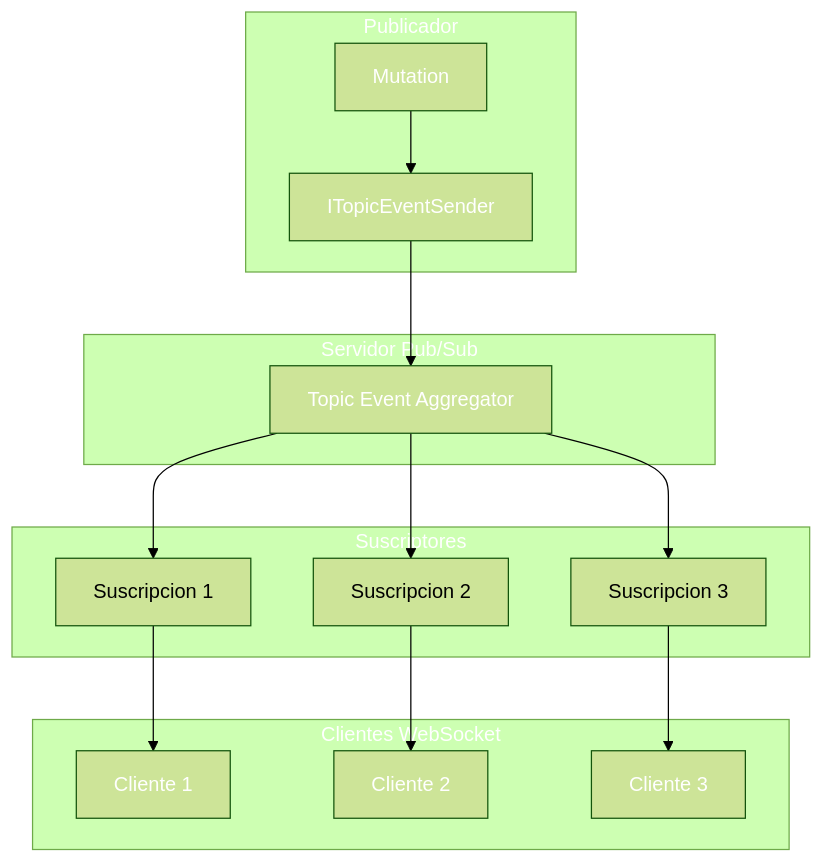
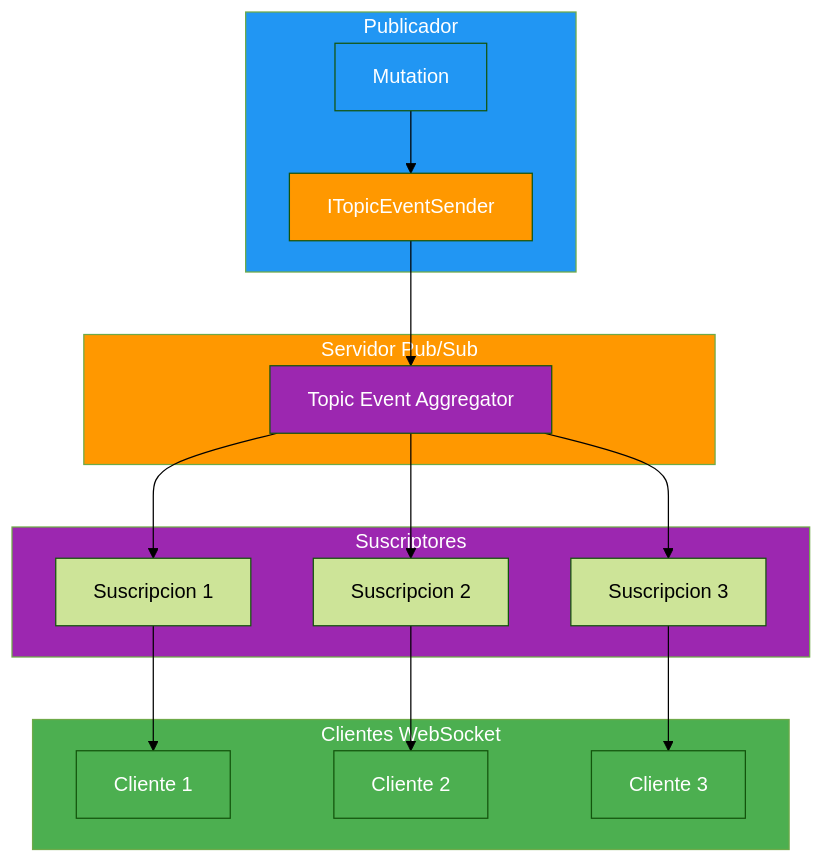
Before and after one commit to joseluisgs/DesarrolloWebEntornosServidor-02-2026-2027: the sixth of 10 diagrams in 19-graphql.md, drawn with Mermaid (forest theme). The commit also changed other lines of this file and 29 other files, not shown here.

Commit message:
docs: corregir estilos Mermaid y estilo, quitar referencias a la Tienda y reestructurar los retos 13 y 15

````diff
--- a/19-graphql.md
+++ b/19-graphql.md
@@ -741,33 +741,33 @@
 ```mermaid
 graph TB
     subgraph PUBLICADOR["Publicador"]
         A[Mutation] --> B[ITopicEventSender]
     end
 
     subgraph SERVIDOR["Servidor Pub/Sub"]
         B --> C[Topic Event Aggregator]
     end
 
     subgraph SUSCRIPCIONES["Suscriptores"]
         C --> D[Suscripcion 1]
         C --> E[Suscripcion 2]
         C --> F[Suscripcion 3]
     end
 
     subgraph CLIENTES["Clientes WebSocket"]
         D --> G[Cliente 1]
         E --> H[Cliente 2]
         F --> I[Cliente 3]
     end
 
-    style PUBLICADOR fill:#2196F,color:#fff3,color:#fff
-    style SERVIDOR fill:#FF980,color:#fff0,color:#fff
-    style SUSCRIPCIONES fill:#9C27B,color:#fff0,color:#fff
-    style CLIENTES fill:#4CAF5,color:#fff0,color:#fff
-    style A fill:#2196F,color:#fff3,color:#fff
-    style B fill:#FF980,color:#fff0,color:#fff
-    style C fill:#9C27B,color:#fff0,color:#fff
-    style G fill:#4CAF5,color:#fff0,color:#fff
-    style H fill:#4CAF5,color:#fff0,color:#fff
-    style I fill:#4CAF5,color:#fff0,color:#fff
+    style PUBLICADOR fill:#2196F3,color:#fff
+    style SERVIDOR fill:#FF9800,color:#fff
+    style SUSCRIPCIONES fill:#9C27B0,color:#fff
+    style CLIENTES fill:#4CAF50,color:#fff
+    style A fill:#2196F3,color:#fff
+    style B fill:#FF9800,color:#fff
+    style C fill:#9C27B0,color:#fff
+    style G fill:#4CAF50,color:#fff
+    style H fill:#4CAF50,color:#fff
+    style I fill:#4CAF50,color:#fff
 ```
````
